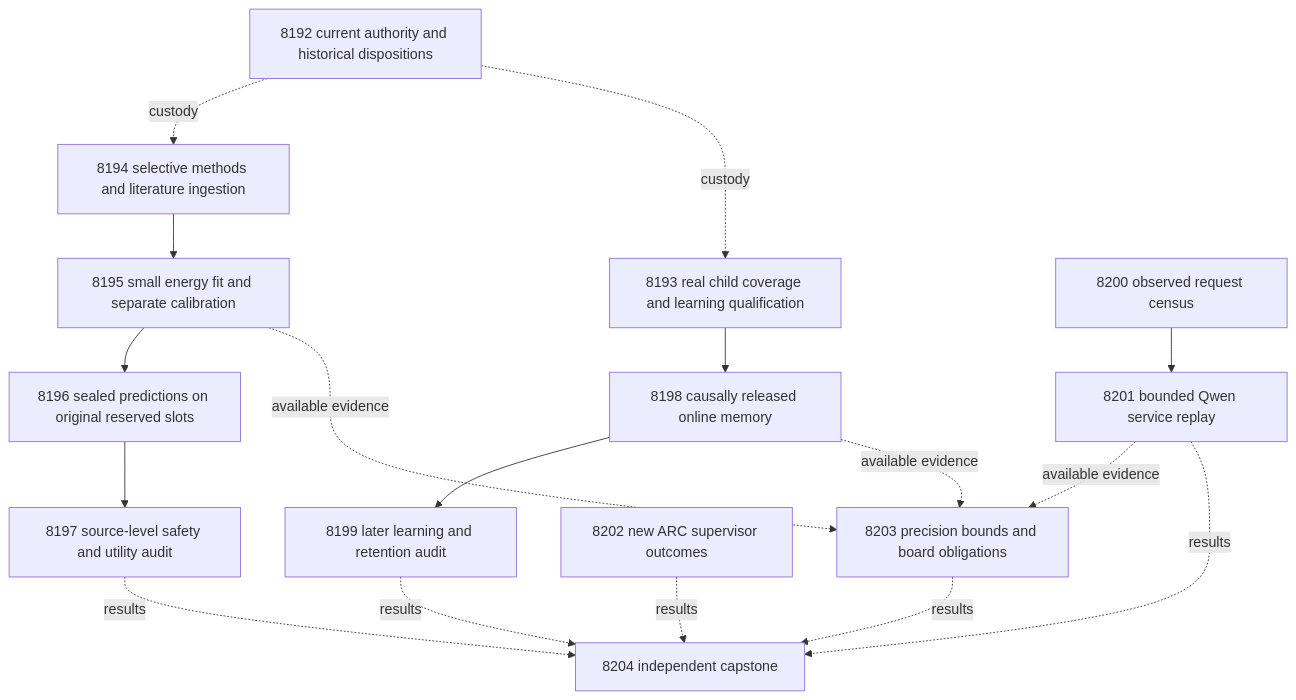
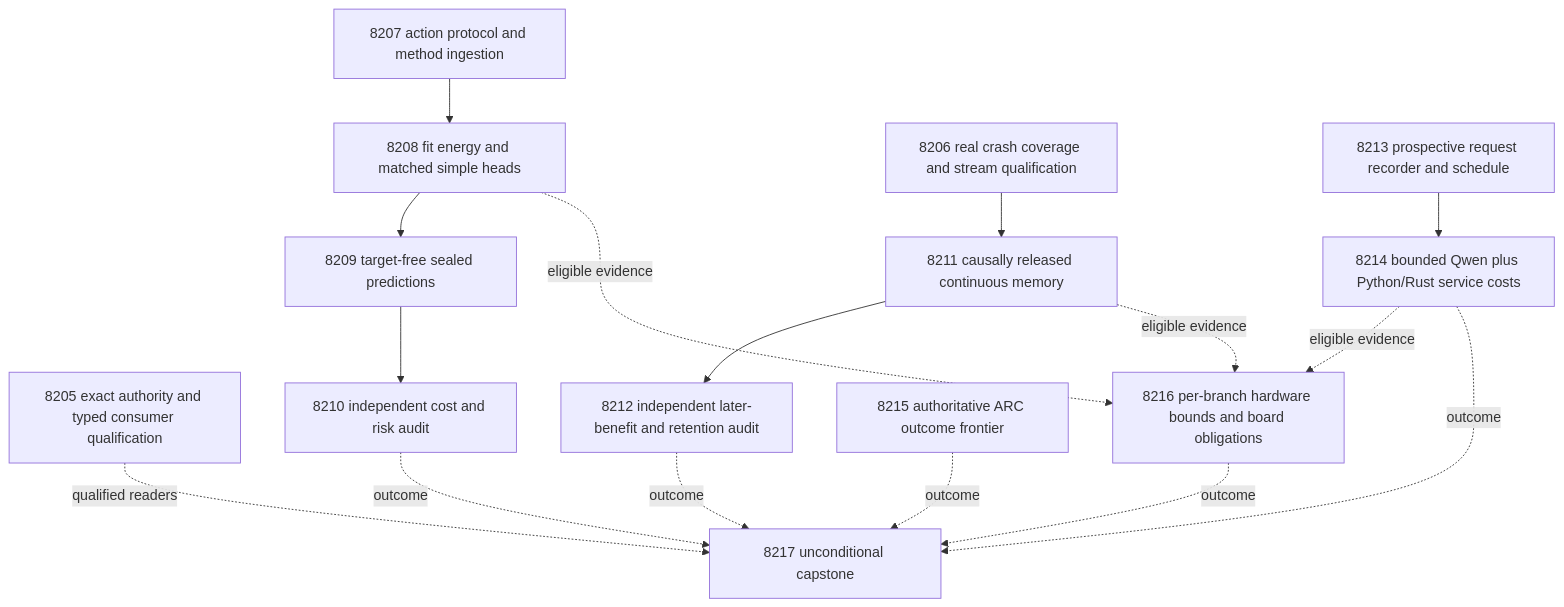
The diagram in openspec/change-proposals/research-roadmap-vNEXT.md (Carnot-EBM/carnot-ebm), drawn with Mermaid before and after one commit. The commit also changed other lines of this file and 17 other files, not shown here.

````diff
--- a/openspec/change-proposals/research-roadmap-vNEXT.md
+++ b/openspec/change-proposals/research-roadmap-vNEXT.md
@@ -100,29 +96,28 @@
 ```mermaid
 flowchart TD
-  A[8192 current authority and historical dispositions]
-  M[8194 selective methods and literature ingestion]
-  F[8195 small energy fit and separate calibration]
-  P[8196 sealed predictions on original reserved slots]
-  D[8197 source-level safety and utility audit]
-  Q[8193 real child coverage and learning qualification]
-  L[8198 causally released online memory]
-  R[8199 later learning and retention audit]
-  T[8200 observed request census]
-  S[8201 bounded Qwen service replay]
-  C[8202 new ARC supervisor outcomes]
-  H[8203 precision bounds and board obligations]
-  X[8204 independent capstone]
-  A -. custody .-> M
-  A -. custody .-> Q
-  M --> F --> P --> D
-  Q --> L --> R
-  T --> S
-  F -. available evidence .-> H
-  L -. available evidence .-> H
-  S -. available evidence .-> H
-  D -. results .-> X
-  R -. results .-> X
-  S -. results .-> X
-  C -. results .-> X
-  H -. results .-> X
+  Q[8205 exact authority and typed consumer qualification]
+  M[8207 action protocol and method ingestion]
+  F[8208 fit energy and matched simple heads]
+  P[8209 target-free sealed predictions]
+  A[8210 independent cost and risk audit]
+  R[8206 real crash coverage and stream qualification]
+  L[8211 causally released continuous memory]
+  T[8212 independent later-benefit and retention audit]
+  I[8213 prospective request recorder and schedule]
+  S[8214 bounded Qwen plus Python/Rust service costs]
+  C[8215 authoritative ARC outcome frontier]
+  H[8216 per-branch hardware bounds and board obligations]
+  X[8217 unconditional capstone]
+  M --> F --> P --> A
+  R --> L --> T
+  I --> S
+  F -. eligible evidence .-> H
+  L -. eligible evidence .-> H
+  S -. eligible evidence .-> H
+  Q -. qualified readers .-> X
+  A -. outcome .-> X
+  T -. outcome .-> X
+  S -. outcome .-> X
+  C -. outcome .-> X
+  H -. outcome .-> X
 ```
````
